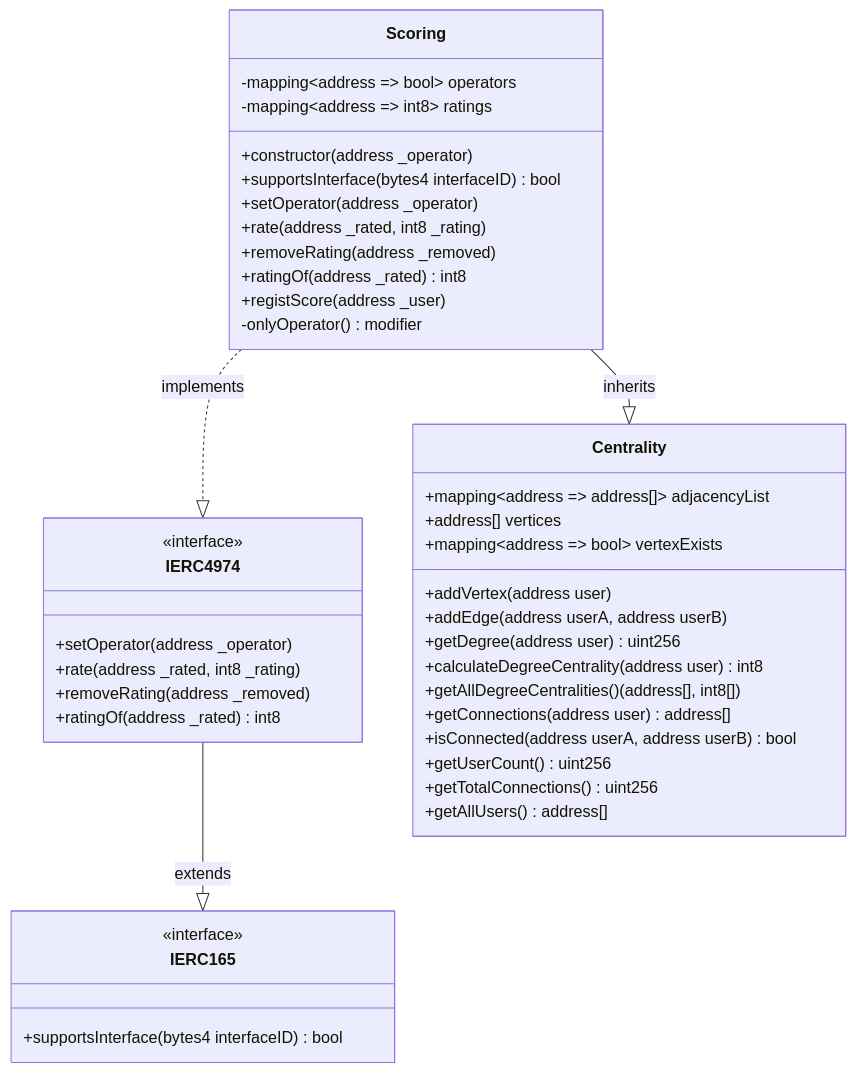
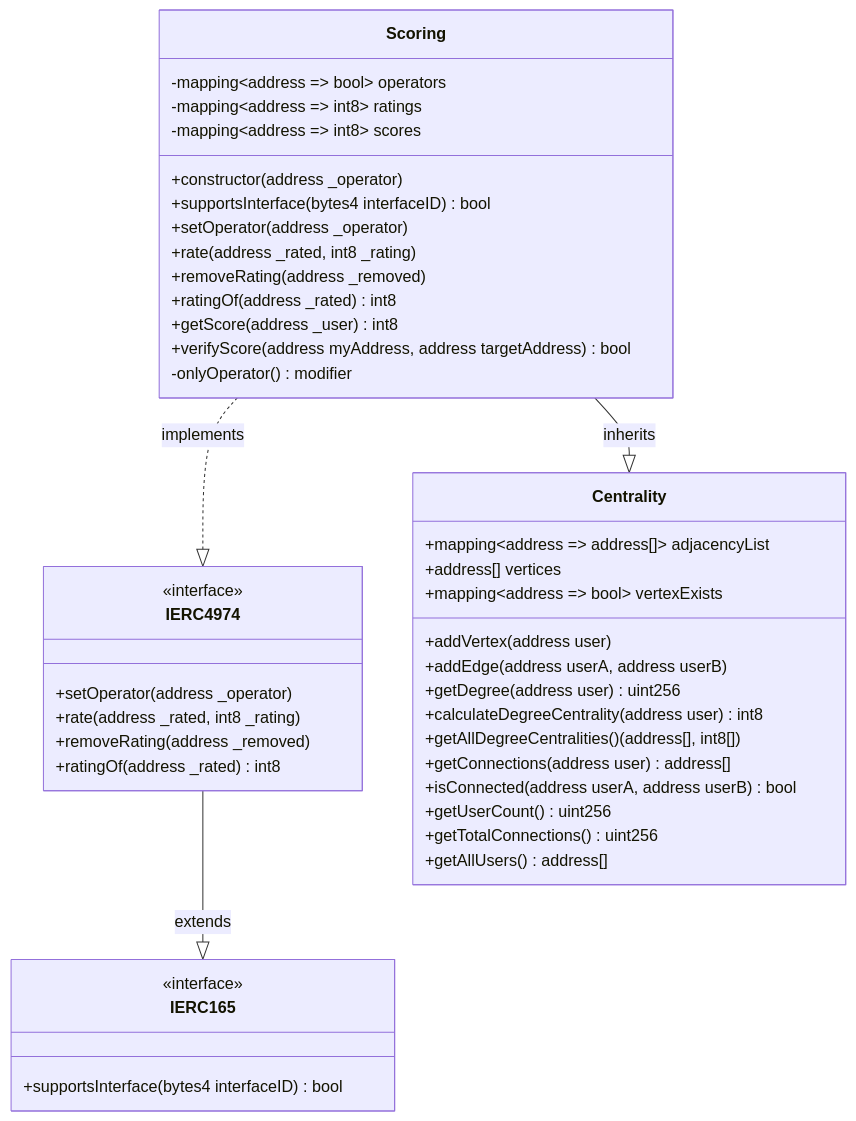
Before and after one commit to C0A21130/web3-demo-app: the first of 5 diagrams in docs/scoring.md, drawn with Mermaid. The commit also changed other lines of this file and 5 other files, not shown here.

````diff
--- a/docs/scoring.md
+++ b/docs/scoring.md
@@ -18,48 +18,50 @@
 ```mermaid
 classDiagram
     class IERC165 {
         <<interface>>
         +supportsInterface(bytes4 interfaceID) bool
     }
 
     class IERC4974 {
         <<interface>>
         +setOperator(address _operator)
         +rate(address _rated, int8 _rating)
         +removeRating(address _removed)
         +ratingOf(address _rated) int8
     }
 
     class Centrality {
         +mapping~address => address[]~ adjacencyList
         +address[] vertices
         +mapping~address => bool~ vertexExists
         +addVertex(address user)
         +addEdge(address userA, address userB)
         +getDegree(address user) uint256
         +calculateDegreeCentrality(address user) int8
         +getAllDegreeCentralities() (address[], int8[])
         +getConnections(address user) address[]
         +isConnected(address userA, address userB) bool
         +getUserCount() uint256
         +getTotalConnections() uint256
         +getAllUsers() address[]
     }
 
     class Scoring {
         -mapping~address => bool~ operators
         -mapping~address => int8~ ratings
+        -mapping~address => int8~ scores
         +constructor(address _operator)
         +supportsInterface(bytes4 interfaceID) bool
         +setOperator(address _operator)
         +rate(address _rated, int8 _rating)
         +removeRating(address _removed)
         +ratingOf(address _rated) int8
-        +registScore(address _user)
+        +getScore(address _user) int8
+        +verifyScore(address myAddress, address targetAddress) bool
         -onlyOperator() modifier
     }
 
     IERC4974 --|> IERC165 : extends
     Scoring --|> Centrality : inherits
     Scoring ..|> IERC4974 : implements
 ```
````
